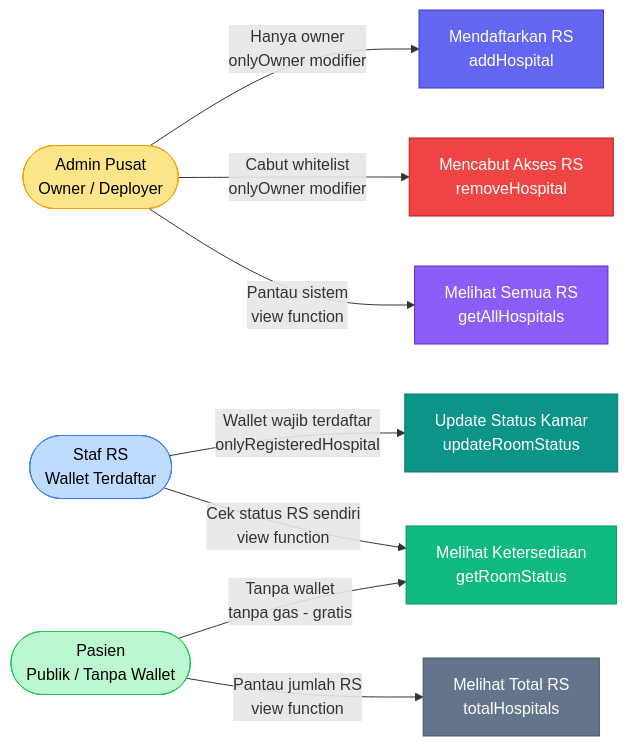
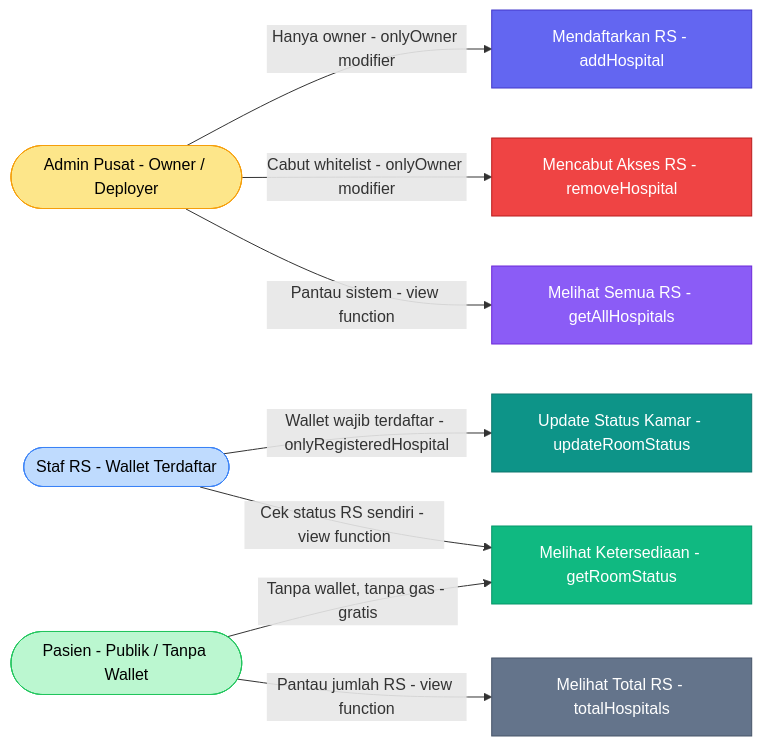
The third of 3 diagrams in readme/capstone_blockchain.md (abuab234/Status-Ketersediaan-Kamar-RS), drawn with Mermaid before and after one commit. The commit also changed other lines of this file, not shown here.

Commit message:
Fix: Memperbaiki sintaks diagram Mermaid pada dokumentasi

````diff
--- a/readme/capstone_blockchain.md
+++ b/readme/capstone_blockchain.md
@@ -296,41 +261,41 @@
 ```mermaid
 flowchart LR
     %% AKTOR
-    AP(["Admin Pusat\nOwner / Deployer"])
-    SR(["Staf RS\nWallet Terdaftar"])
-    PS(["Pasien\nPublik / Tanpa Wallet"])
+    AP(["Admin Pusat - Owner / Deployer"])
+    SR(["Staf RS - Wallet Terdaftar"])
+    PS(["Pasien - Publik / Tanpa Wallet"])
 
     %% USE CASE NODE
-    UC1["Mendaftarkan RS\naddHospital"]
-    UC2["Mencabut Akses RS\nremoveHospital"]
-    UC3["Melihat Semua RS\ngetAllHospitals"]
-    UC4["Update Status Kamar\nupdateRoomStatus"]
-    UC5["Melihat Ketersediaan\ngetRoomStatus"]
-    UC6["Melihat Total RS\ntotalHospitals"]
+    UC1["Mendaftarkan RS - addHospital"]
+    UC2["Mencabut Akses RS - removeHospital"]
+    UC3["Melihat Semua RS - getAllHospitals"]
+    UC4["Update Status Kamar - updateRoomStatus"]
+    UC5["Melihat Ketersediaan - getRoomStatus"]
+    UC6["Melihat Total RS - totalHospitals"]
 
     %% RELASI ADMIN PUSAT
-    AP -->|"Hanya owner\nonlyOwner modifier"| UC1
-    AP -->|"Cabut whitelist\nonlyOwner modifier"| UC2
-    AP -->|"Pantau sistem\nview function"| UC3
+    AP -->|"Hanya owner - onlyOwner modifier"| UC1
+    AP -->|"Cabut whitelist - onlyOwner modifier"| UC2
+    AP -->|"Pantau sistem - view function"| UC3
 
     %% RELASI STAF RS
-    SR -->|"Wallet wajib terdaftar\nonlyRegisteredHospital"| UC4
-    SR -->|"Cek status RS sendiri\nview function"| UC5
+    SR -->|"Wallet wajib terdaftar - onlyRegisteredHospital"| UC4
+    SR -->|"Cek status RS sendiri - view function"| UC5
 
     %% RELASI PASIEN
-    PS -->|"Tanpa wallet\ntanpa gas - gratis"| UC5
-    PS -->|"Pantau jumlah RS\nview function"| UC6
+    PS -->|"Tanpa wallet, tanpa gas - gratis"| UC5
+    PS -->|"Pantau jumlah RS - view function"| UC6
 
     %% STYLING AKTOR
     style AP fill:#fde68a,stroke:#f59e0b,color:#000
     style SR fill:#bfdbfe,stroke:#3b82f6,color:#000
     style PS fill:#bbf7d0,stroke:#22c55e,color:#000
 
     %% STYLING USE CASE
     style UC1 fill:#6366f1,stroke:#4338ca,color:#fff
     style UC2 fill:#ef4444,stroke:#b91c1c,color:#fff
     style UC3 fill:#8b5cf6,stroke:#6d28d9,color:#fff
     style UC4 fill:#0d9488,stroke:#0f766e,color:#fff
     style UC5 fill:#10b981,stroke:#059669,color:#fff
     style UC6 fill:#64748b,stroke:#475569,color:#fff
 ```
````
